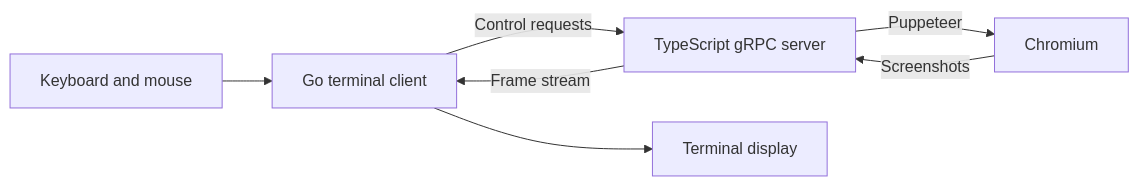
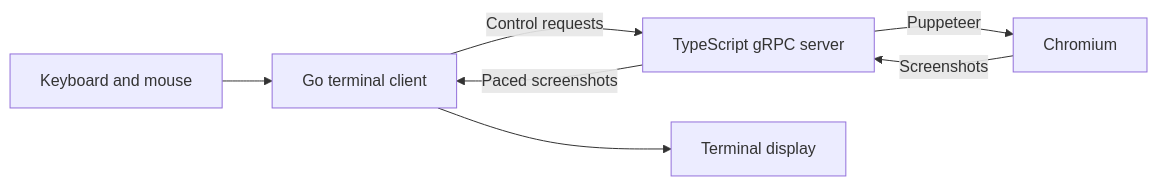
One commit to codr1/termium changed the diagram in docs/architecture.md. Above: the diagram before and after it, drawn with Mermaid. The commit also changed other lines of this file and 35 other files, not shown here.

````diff
--- a/docs/architecture.md
+++ b/docs/architecture.md
@@ -9,9 +9,9 @@
 ```mermaid
 flowchart LR
     User[Keyboard and mouse] --> Client[Go terminal client]
     Client -->|Control requests| Server[TypeScript gRPC server]
     Server -->|Puppeteer| Browser[Chromium]
     Browser -->|Screenshots| Server
-    Server -->|Frame stream| Client
+    Server -->|Paced screenshots| Client
     Client --> Terminal[Terminal display]
 ```
````
